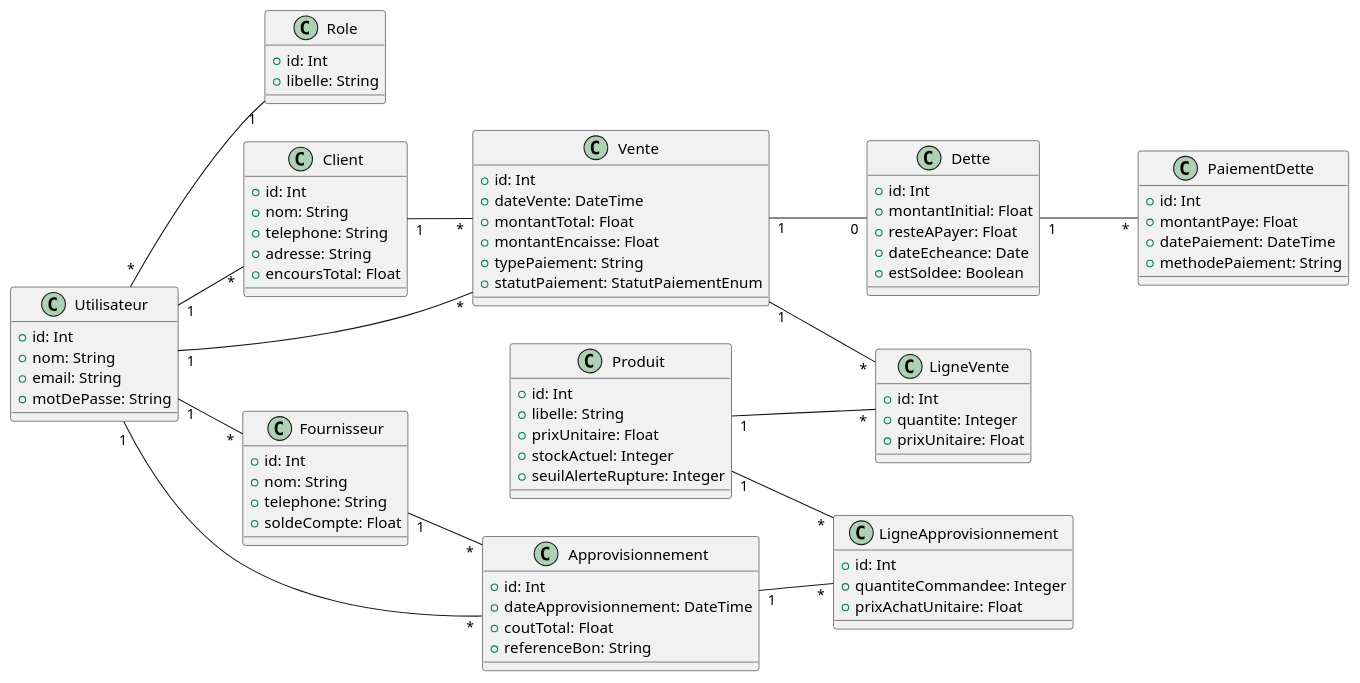
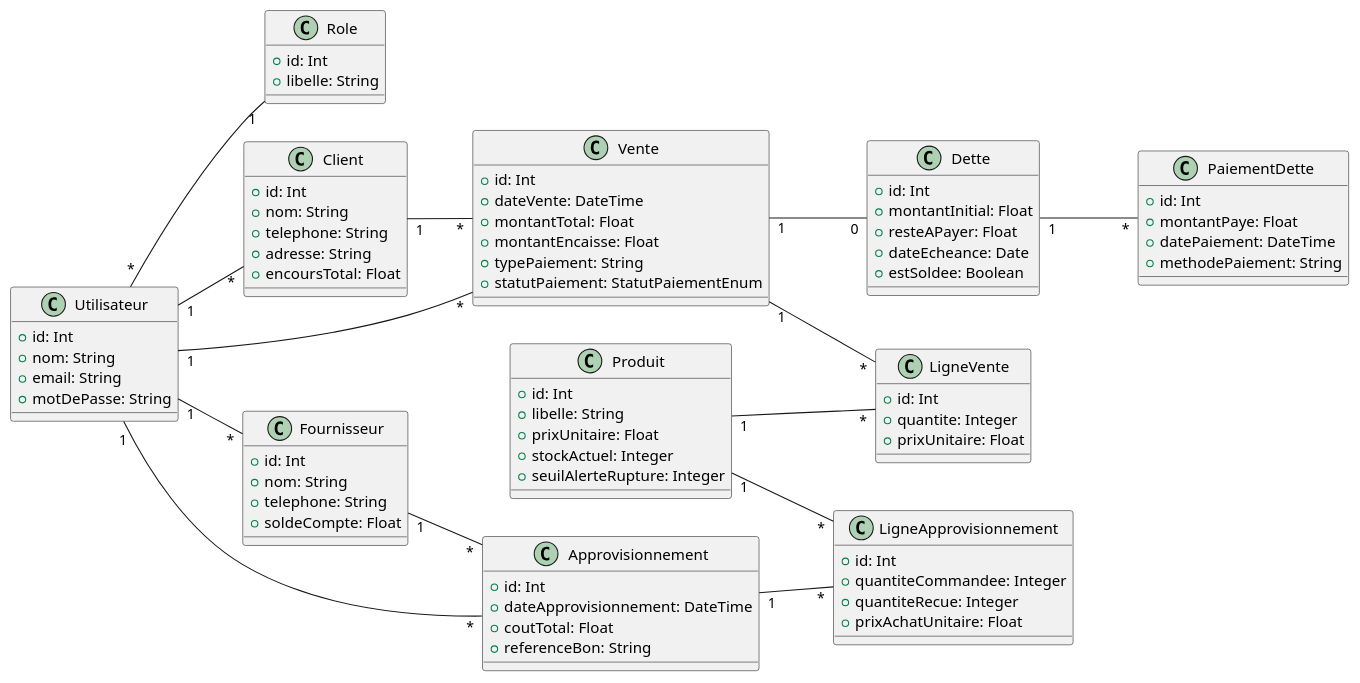
Before and after one commit to mouhamadoufallBah/StoreManagerPro: the diagram in doc/classeDiagramme.puml, drawn with PlantUML. The commit also changed 9 other files, not shown here.

```diff
--- a/doc/classeDiagramme.puml
+++ b/doc/classeDiagramme.puml
@@ -1,96 +1,97 @@
 @startuml
 left to right direction
 
 class Utilisateur {
     + id: Int
     + nom: String
     + email: String
     + motDePasse: String
 }
 
 class Role {
     +id: Int
     +libelle: String
 }
 
 class Client {
     + id: Int
     + nom: String
     + telephone: String
     + adresse: String
     + encoursTotal: Float
 }
 
 class Fournisseur {
     + id: Int
     + nom: String
     + telephone: String
     + soldeCompte: Float
 }
 
 class Produit {
     + id: Int
     + libelle: String
     + prixUnitaire: Float
     + stockActuel: Integer
     + seuilAlerteRupture: Integer
 }
 
 class Vente {
     + id: Int
     + dateVente: DateTime
     + montantTotal: Float
     + montantEncaisse: Float
     + typePaiement: String
     + statutPaiement: StatutPaiementEnum
 }
 
 class LigneVente {
     + id: Int
     + quantite: Integer
     + prixUnitaire: Float
 }
 
 class Dette {
     + id: Int
     + montantInitial: Float
     + resteAPayer: Float
     + dateEcheance: Date
     + estSoldee: Boolean
 }
 
 class PaiementDette {
     + id: Int
     + montantPaye: Float
     + datePaiement: DateTime
     + methodePaiement: String
 }
 
 class Approvisionnement {
     + id: Int
     + dateApprovisionnement: DateTime
     + coutTotal: Float
     + referenceBon: String
 }
 
 class LigneApprovisionnement {
     + id: Int
     + quantiteCommandee: Integer
+    + quantiteRecue: Integer
     + prixAchatUnitaire: Float
 }
 
 Utilisateur "1" -- "*" Vente
 Utilisateur "*" -- "1" Role
 Utilisateur "1" -- "*" Approvisionnement
 Utilisateur "1" -- "*" Client
 Utilisateur "1" -- "*" Fournisseur
 Client "1" -- "*" Vente
 Vente "1" -- "0" Dette
 Vente "1" -- "*" LigneVente
 Produit "1" -- "*" LigneVente
 Dette "1" -- "*" PaiementDette
 Fournisseur "1" -- "*" Approvisionnement
 Approvisionnement "1" -- "*" LigneApprovisionnement
 Produit "1" -- "*" LigneApprovisionnement
 
 @enduml
```
